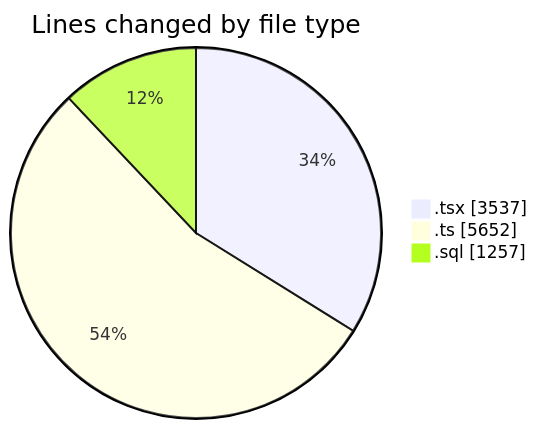
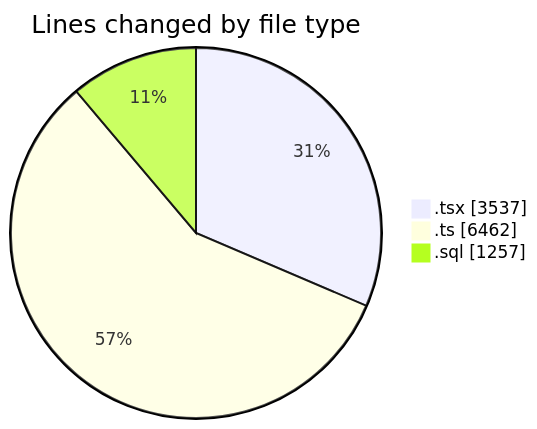
Before and after one commit to lephambinh05/code-tracking: the first of 2 diagrams in 2025-09-05/hiai-phf/README.md, drawn with Mermaid. The commit also changed other lines of this file and 1 other file, not shown here.

````diff
--- a/2025-09-05/hiai-phf/README.md
+++ b/2025-09-05/hiai-phf/README.md
@@ -82,7 +82,7 @@
 ```mermaid
 pie showData
 title Lines changed by file type
 ".tsx" : 3537
-".ts" : 5652
+".ts" : 6462
 ".sql" : 1257
 ```
````
